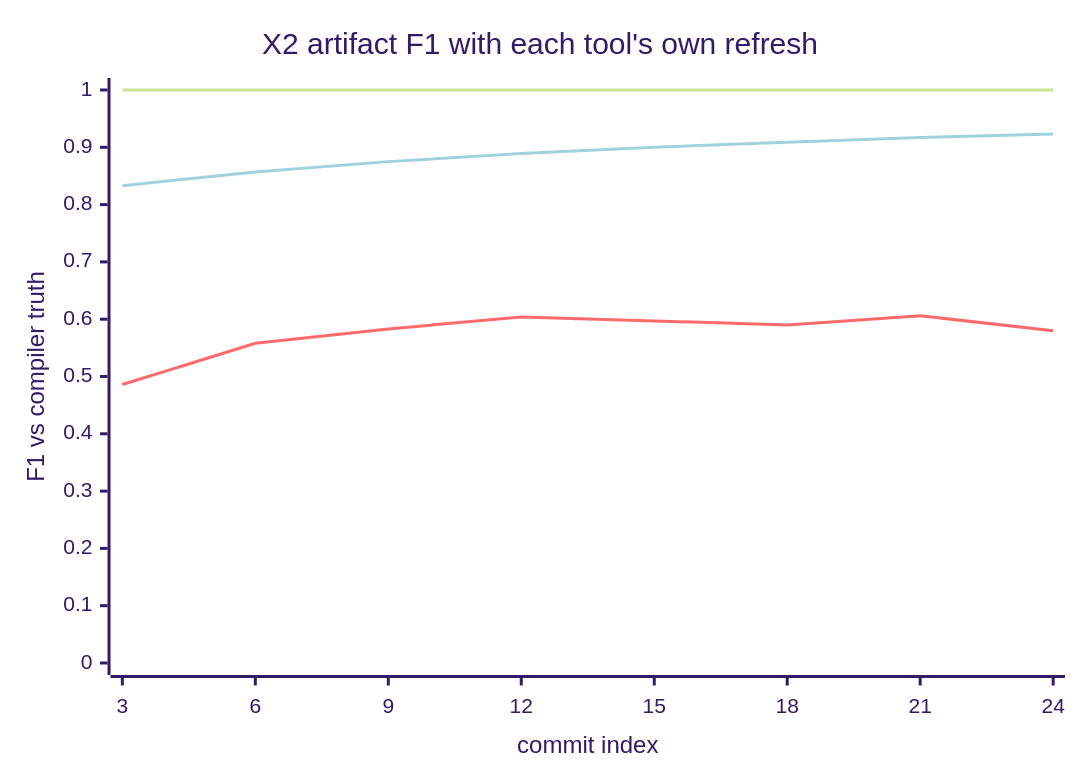
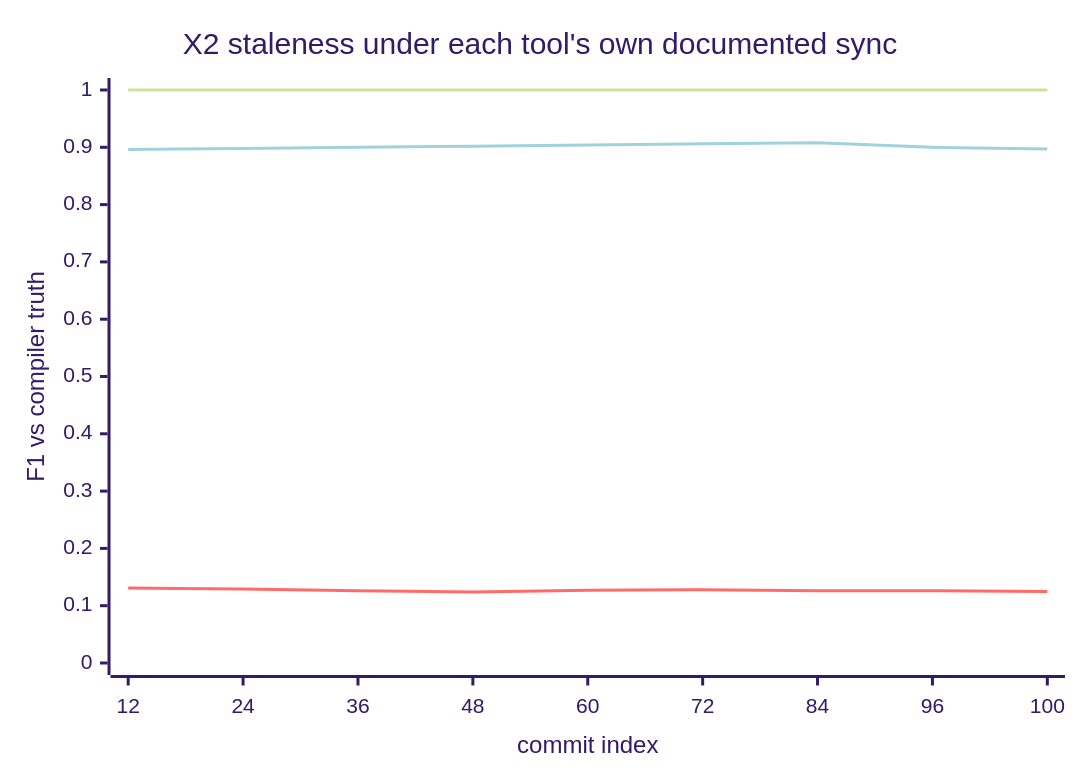
One commit to sns45/greplost changed the first of 6 diagrams in bench/RESULTS.md. Above: the diagram before and after it, drawn with Mermaid (forest theme). The commit also changed other lines of this file and 30 other files, not shown here.

First line of the commit message:
fix(bench-report): re-measured payloads, arm charts, and the section 11 captures

````diff
--- a/bench/RESULTS.md
+++ b/bench/RESULTS.md
@@ -106,11 +106,11 @@
 ```mermaid
 xychart-beta
-    title "X2 artifact F1 with each tool's own refresh"
-    x-axis "commit index" ["3", "6", "9", "12", "15", "18", "21", "24"]
+    title "X2 staleness under each tool's own documented sync"
+    x-axis "commit index" ["12", "24", "36", "48", "60", "72", "84", "96", "100"]
     y-axis "F1 vs compiler truth" 0 --> 1
-    line [1, 1, 1, 1, 1, 1, 1, 1]
-    line [0.486, 0.558, 0.583, 0.604, 0.597, 0.59, 0.606, 0.58]
-    line [0.833, 0.857, 0.875, 0.889, 0.9, 0.909, 0.917, 0.923]
+    line [1, 1, 1, 1, 1, 1, 1, 1, 1]
+    line [0.131, 0.129, 0.126, 0.124, 0.127, 0.128, 0.126, 0.126, 0.125]
+    line [0.896, 0.898, 0.9, 0.902, 0.904, 0.906, 0.908, 0.9, 0.897]
     %% series, in order: greplost, graphify, crg
-    %% Each tool's own documented refresh was invoked after every commit, so this is a comparison of incremental accuracy, not a decay curve. Omitted (not run here): ua.
+    %% Arm: documented-sync — each tool's sync mechanism was installed exactly as its README describes and then left alone; the harness only commits. This is the arm tech spec 10.0 X2 words. Omitted (not run here): ua. Measured on corpus hono, tier M (248 files); 100 replayed commits.
 ```
````
